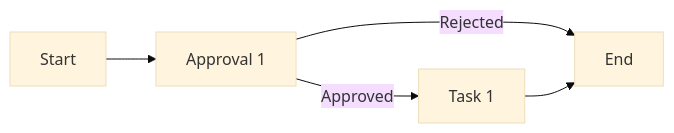
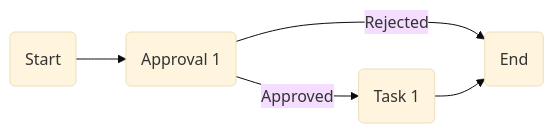
The diagram in public/mmd/1-approval-1-task-serial.mmd (jacebenson/workflow), drawn with Mermaid (base theme) before and after one commit. The commit also changed 9 other files, not shown here.

```diff
--- a/public/mmd/1-approval-1-task-serial.mmd
+++ b/public/mmd/1-approval-1-task-serial.mmd
@@ -1,10 +1,10 @@
 graph LR
-  S0[Start]
-  A1[Approval 1]
-  T1[Task 1]
-  E0[End]
+  S0(Start)
+  A1(Approval 1)
+  T1(Task 1)
+  E0(End)
   
   S0-->A1
   A1--Rejected-->E0
   A1--Approved-->T1
   T1-->E0
```
